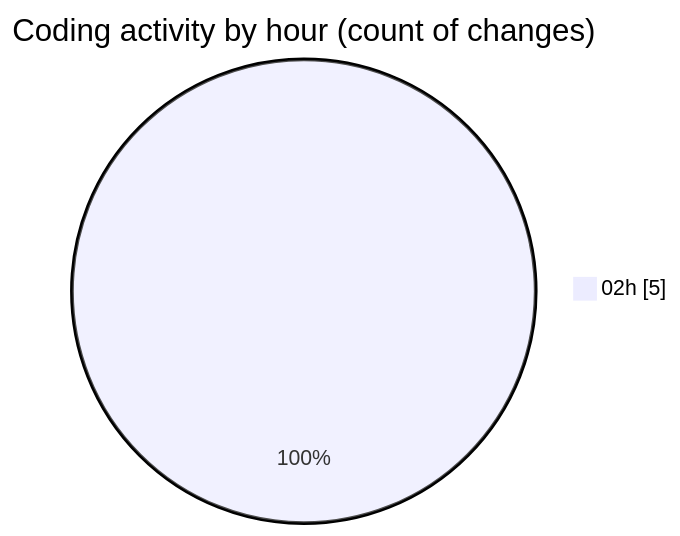
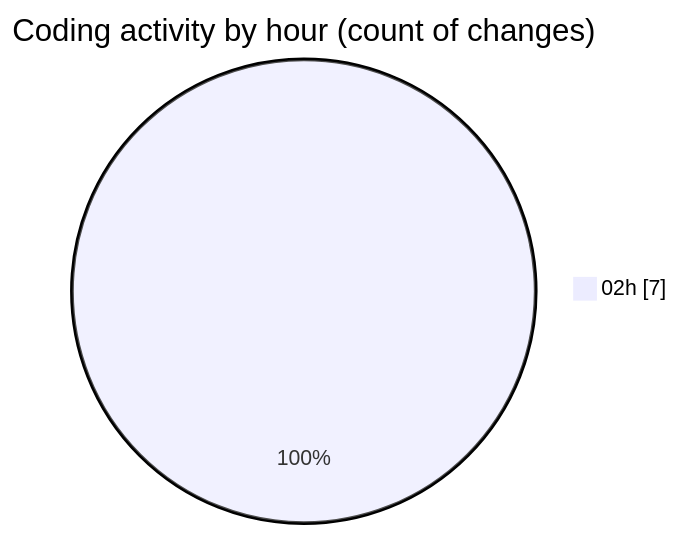
The second of 2 diagrams in 2025-04-05/back-end/README.md (Netris89/code-tracking), drawn with Mermaid before and after one commit. The commit also changed other lines of this file and 1 other file, not shown here.

````diff
--- a/2025-04-05/back-end/README.md
+++ b/2025-04-05/back-end/README.md
@@ -29,5 +29,5 @@
 ```mermaid
 pie showData
 title Coding activity by hour (count of changes)
-"02h" : 5
+"02h" : 7
 ```
````
